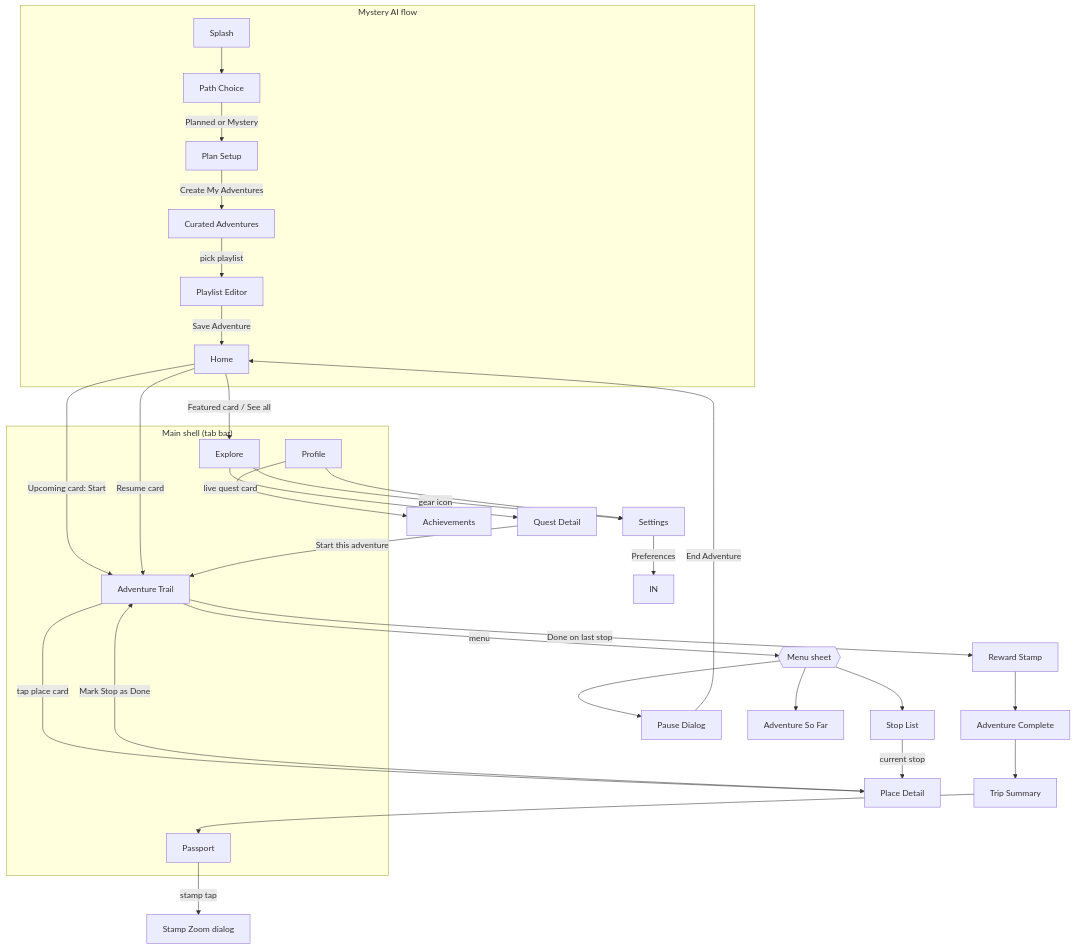
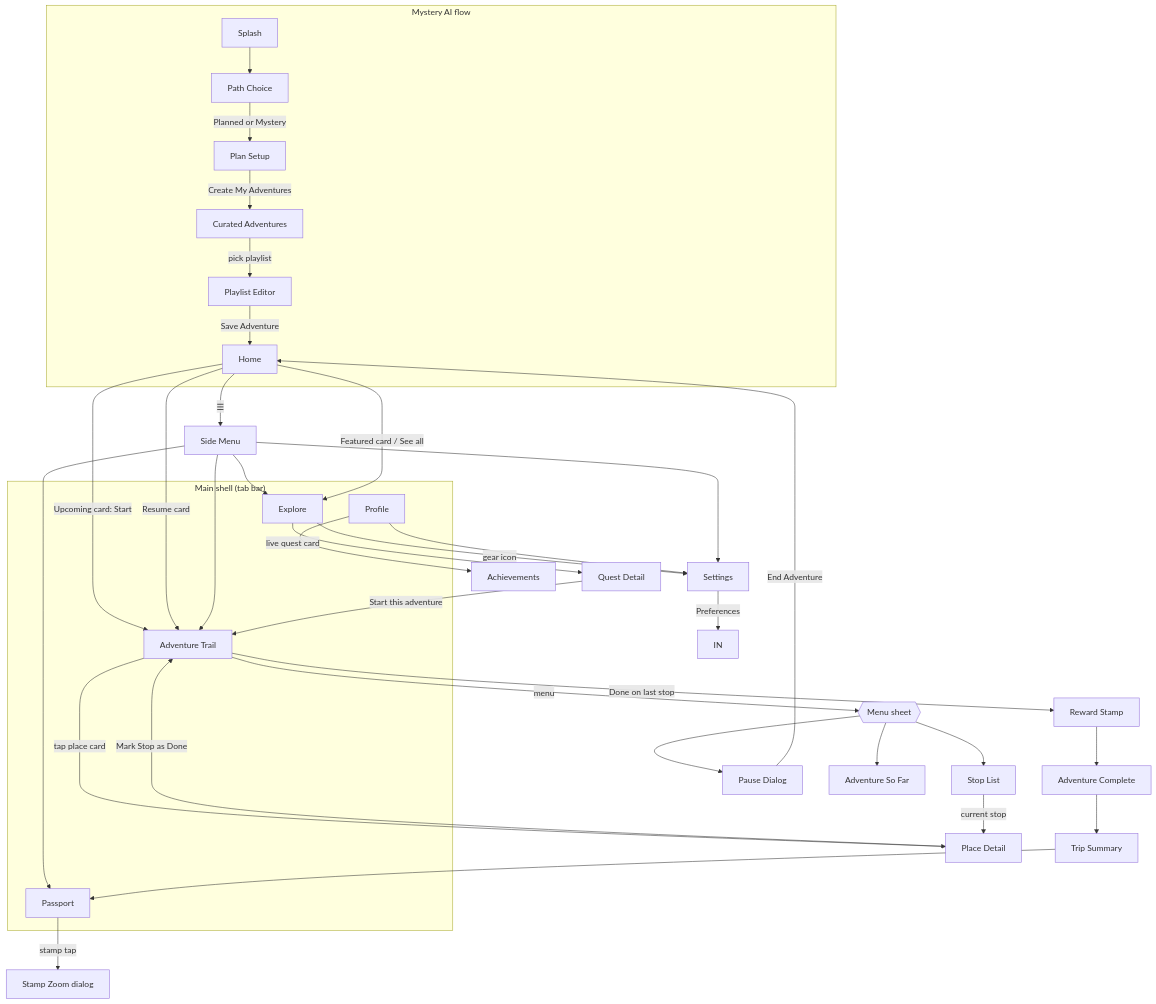
The diagram in SCREEN_GUIDE.md (pratikHan/MysteryTravel), drawn with Mermaid before and after one commit. The commit also changed other lines of this file and 7 other files, not shown here.

Commit message:
Add Side Menu (design1001/side_menu1+2) in theme palette, opened from Home

````diff
--- a/SCREEN_GUIDE.md
+++ b/SCREEN_GUIDE.md
@@ -273,41 +294,46 @@
 ```mermaid
 flowchart TD
     subgraph Planning["Mystery AI flow"]
         SP[Splash] --> PC[Path Choice]
         PC -->|Planned or Mystery| PL[Plan Setup]
         PL -->|Create My Adventures| CA[Curated Adventures]
         CA -->|pick playlist| PE[Playlist Editor]
         PE -->|Save Adventure| HO
     end
     HO -->|Upcoming card: Start| AT
 
     subgraph Tabs["Main shell (tab bar)"]
         HO[Home]
         EX[Explore]
         AT[Adventure Trail]
         PA[Passport]
         PF[Profile]
     end
 
     HO -->|Resume card| AT
+    HO -->|☰| SM[Side Menu]
+    SM --> AT
+    SM --> EX
+    SM --> PA
+    SM --> SE
     HO -->|Featured card / See all| EX
     EX -->|live quest card| QD[Quest Detail]
     QD -->|Start this adventure| AT
     EX -->|gear icon| SE
 
     AT -->|tap place card| PD[Place Detail]
     PD -->|Mark Stop as Done| AT
     AT -->|Done on last stop| RS[Reward Stamp]
     RS --> AC[Adventure Complete] --> TS[Trip Summary] --> PA
     AT -->|menu| MEN{{Menu sheet}}
     MEN --> PAU[Pause Dialog]
     MEN --> SL[Stop List]
     MEN --> SF[Adventure So Far]
     SL -->|current stop| PD
     PAU -->|End Adventure| HO
 
     PF --> SE[Settings]
     PF --> AH[Achievements]
     SE -->|Preferences| IN
     PA -->|stamp tap| ZM[Stamp Zoom dialog]
 ```
````
